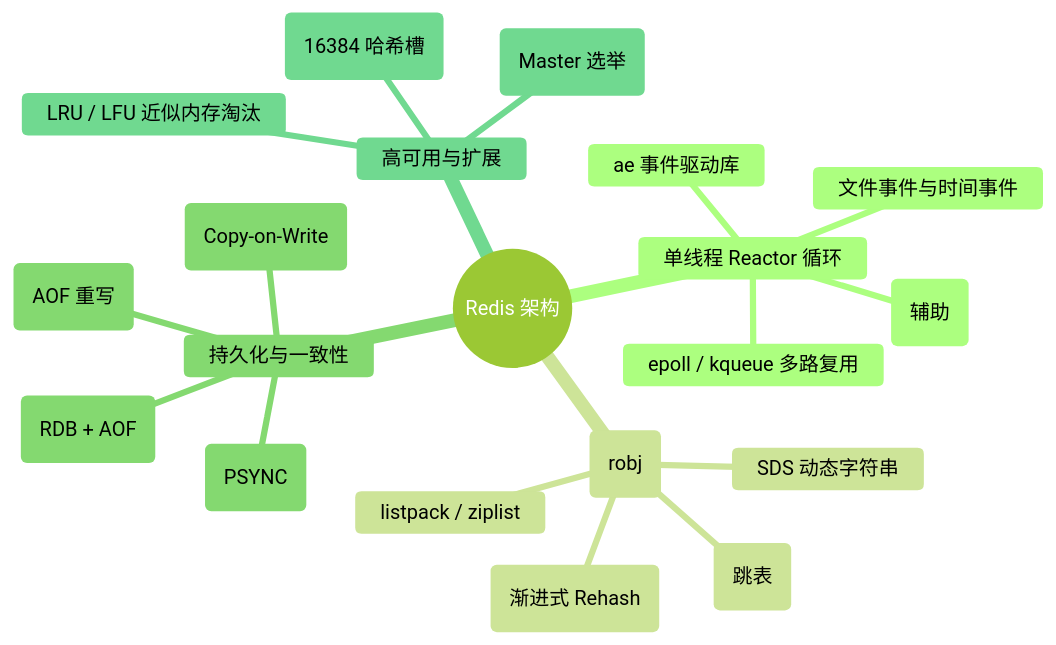
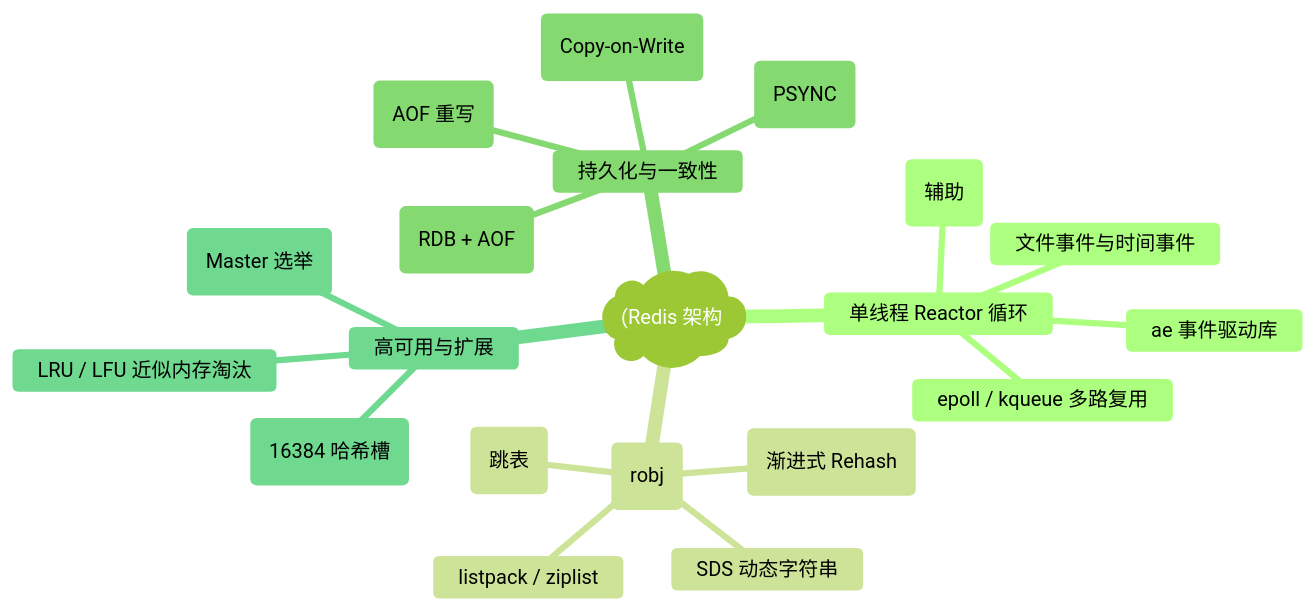
The first of 8 diagrams in docs/atlas/redis.mdx (koosai/AI-Architect-Learning), drawn with Mermaid (forest theme) before and after one commit. The commit also changed other lines of this file and 187 other files, not shown here.

Commit message:
fix(mermaid): fix all unquoted parens and edge label syntax errors across all docs

````diff
--- a/docs/atlas/redis.mdx
+++ b/docs/atlas/redis.mdx
@@ -79,23 +79,23 @@
 ```mermaid
 mindmap
-  root((Redis 架构))
+  root("(Redis 架构"))
     单线程 Reactor 循环
       ae 事件驱动库
       epoll / kqueue 多路复用
       文件事件与时间事件
       Redis 6.0 多线程 I/O (辅助)
     数据结构编码 (robj)
       SDS 动态字符串
       dict (渐进式 Rehash)
       zskiplist (跳表)
       listpack / ziplist
     持久化与一致性
       RDB 快照 (Copy-on-Write)
       AOF 追加日志 (AOF 重写)
       混合持久化 (RDB + AOF)
       主从复制 (PSYNC)
     高可用与扩展
       Sentinel 哨兵 (Master 选举)
       Cluster 集群 (16384 哈希槽)
       LRU / LFU 近似内存淘汰
 ```
````
